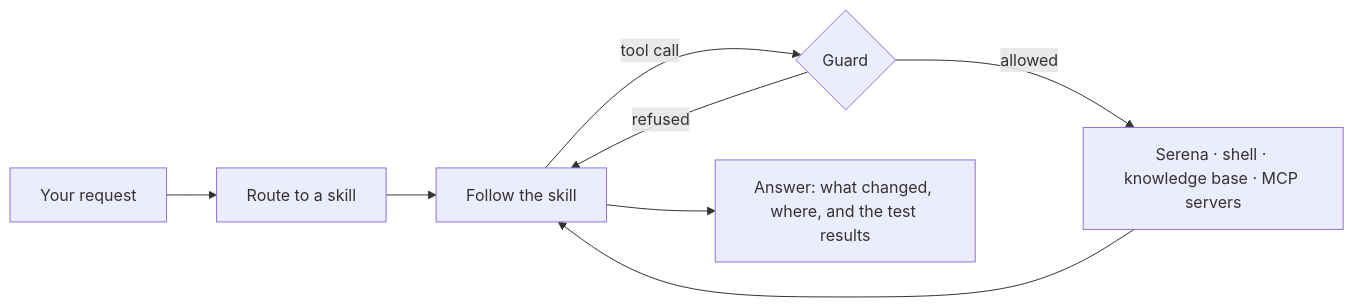
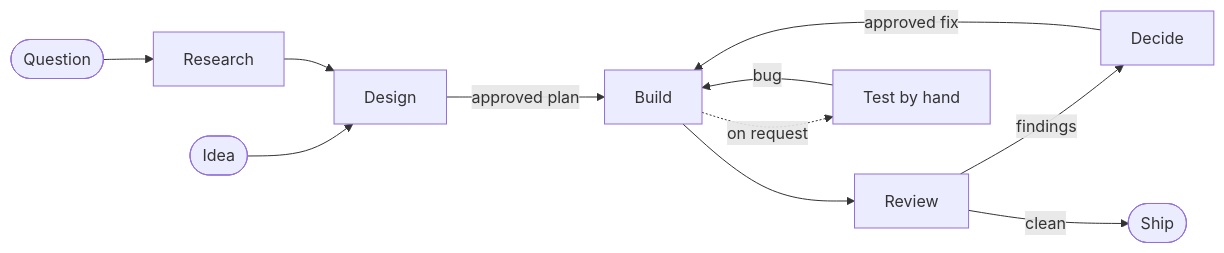
Before and after one commit to jjmrocha/joe: the diagram in README.md, drawn with Mermaid. The commit also changed other lines of this file and 1 other file, not shown here.

````diff
--- a/README.md
+++ b/README.md
@@ -80,10 +68,13 @@
 ```mermaid
 flowchart LR
-    R[Your request] --> S[Route to a skill]
-    S --> P[Follow the skill]
-    P -->|tool call| G{Guard}
-    G -->|allowed| T[Serena · shell · knowledge base · MCP servers]
-    G -->|refused| P
-    T --> P
-    P --> A[Answer: what changed, where, and the test results]
+    Q([Question]) --> R[Research]
+    I([Idea]) --> D[Design]
+    R --> D
+    D -->|approved plan| B[Build]
+    B --> A[Review]
+    A -->|findings| F[Decide]
+    F -->|approved fix| B
+    A -->|clean| S([Ship])
+    B -.->|on request| T[Test by hand]
+    T -->|bug| B
 ```
````
